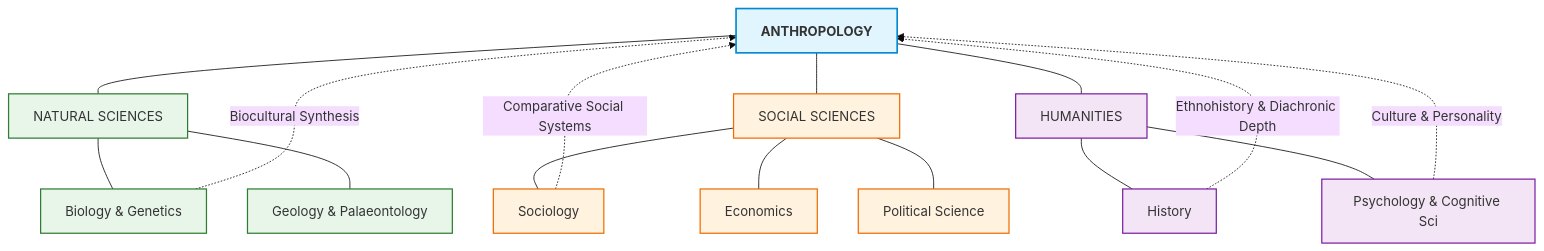
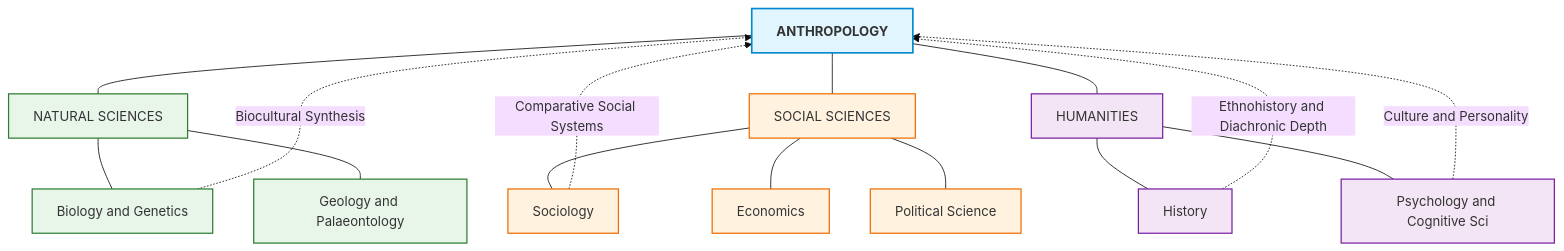
One commit to ashish-upsc/anthro changed the diagram in Value_Addition/Paper_1/value_add_4_methods_and_applications_unit_1_2.md. Above: the diagram before and after it, drawn with Mermaid (base theme). The commit also changed 3 other files, not shown here.

Commit message:
fix(mermaid): resolve syntax errors in value-add notes flowcharts and charts

````diff
--- a/Value_Addition/Paper_1/value_add_4_methods_and_applications_unit_1_2.md
+++ b/Value_Addition/Paper_1/value_add_4_methods_and_applications_unit_1_2.md
@@ -13,48 +13,48 @@
 ```mermaid
 graph TD
     %% Define Styles
     classDef default fill:#f9f9f9,stroke:#333,stroke-width:1px;
     classDef core fill:#e1f5fe,stroke:#0288d1,stroke-width:2px,font-weight:bold;
     classDef science fill:#e8f5e9,stroke:#2e7d32,stroke-width:1.5px;
     classDef social fill:#fff3e0,stroke:#ef6c00,stroke-width:1.5px;
     classDef humanities fill:#f3e5f5,stroke:#7b1fa2,stroke-width:1.5px;
 
     %% Nodes
-    A[ANTHROPOLOGY]:::core
+    A["ANTHROPOLOGY"]:::core
     
     %% Natural Sciences Branch
-    B[NATURAL SCIENCES]:::science
-    B1[Biology & Genetics]:::science
-    B2[Geology & Palaeontology]:::science
+    B["NATURAL SCIENCES"]:::science
+    B1["Biology and Genetics"]:::science
+    B2["Geology and Palaeontology"]:::science
     
     %% Social Sciences Branch
-    C[SOCIAL SCIENCES]:::social
-    C1[Sociology]:::social
-    C2[Economics]:::social
-    C3[Political Science]:::social
+    C["SOCIAL SCIENCES"]:::social
+    C1["Sociology"]:::social
+    C2["Economics"]:::social
+    C3["Political Science"]:::social
     
     %% Humanities Branch
-    D[HUMANITIES]:::humanities
-    D1[History]:::humanities
-    D2[Psychology & Cognitive Sci]:::humanities
+    D["HUMANITIES"]:::humanities
+    D1["History"]:::humanities
+    D2["Psychology and Cognitive Sci"]:::humanities
 
     %% Connections
     A --- B
     B --- B1
     B --- B2
     
     A --- C
     C --- C1
     C --- C2
     C --- C3
     
     A --- D
     D --- D1
     D --- D2
 
     %% Interdisciplinary Bridges
     B1 -.->|Biocultural Synthesis| A
     C1 -.->|Comparative Social Systems| A
-    D1 -.->|Ethnohistory & Diachronic Depth| A
-    D2 -.->|Culture & Personality| A
+    D1 -.->|Ethnohistory and Diachronic Depth| A
+    D2 -.->|Culture and Personality| A
 ```
````
